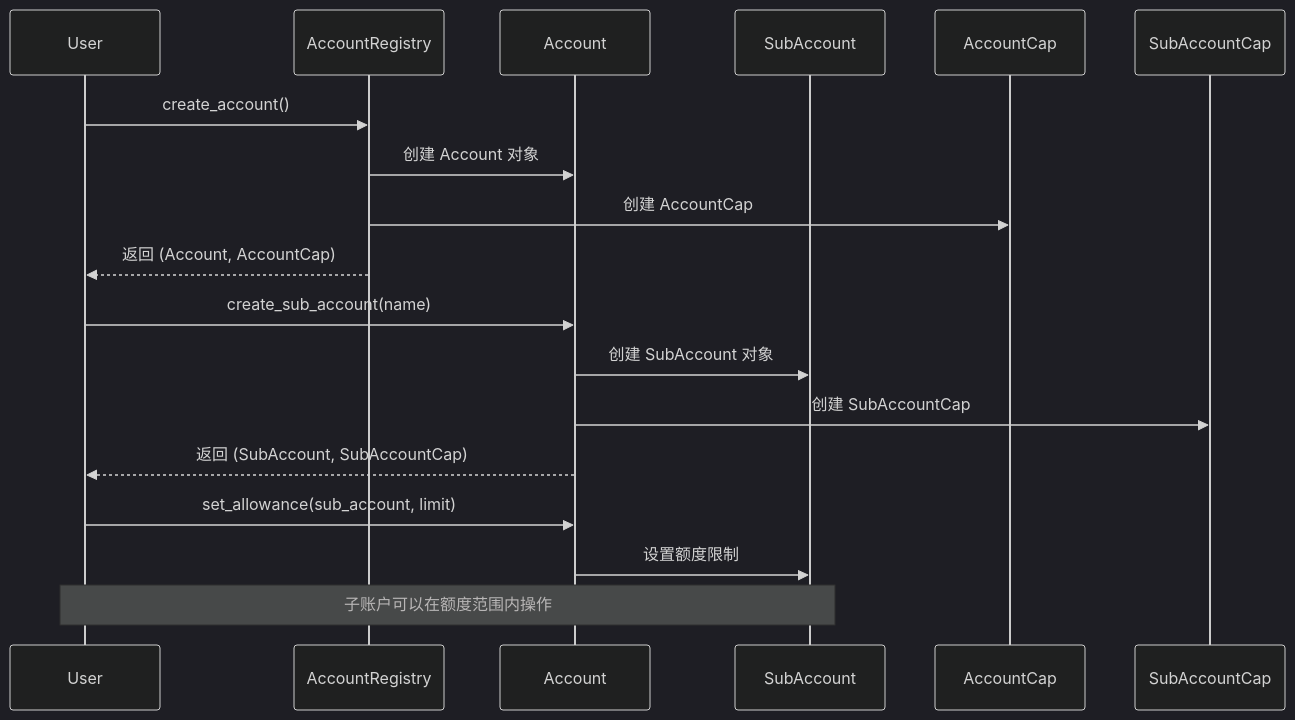
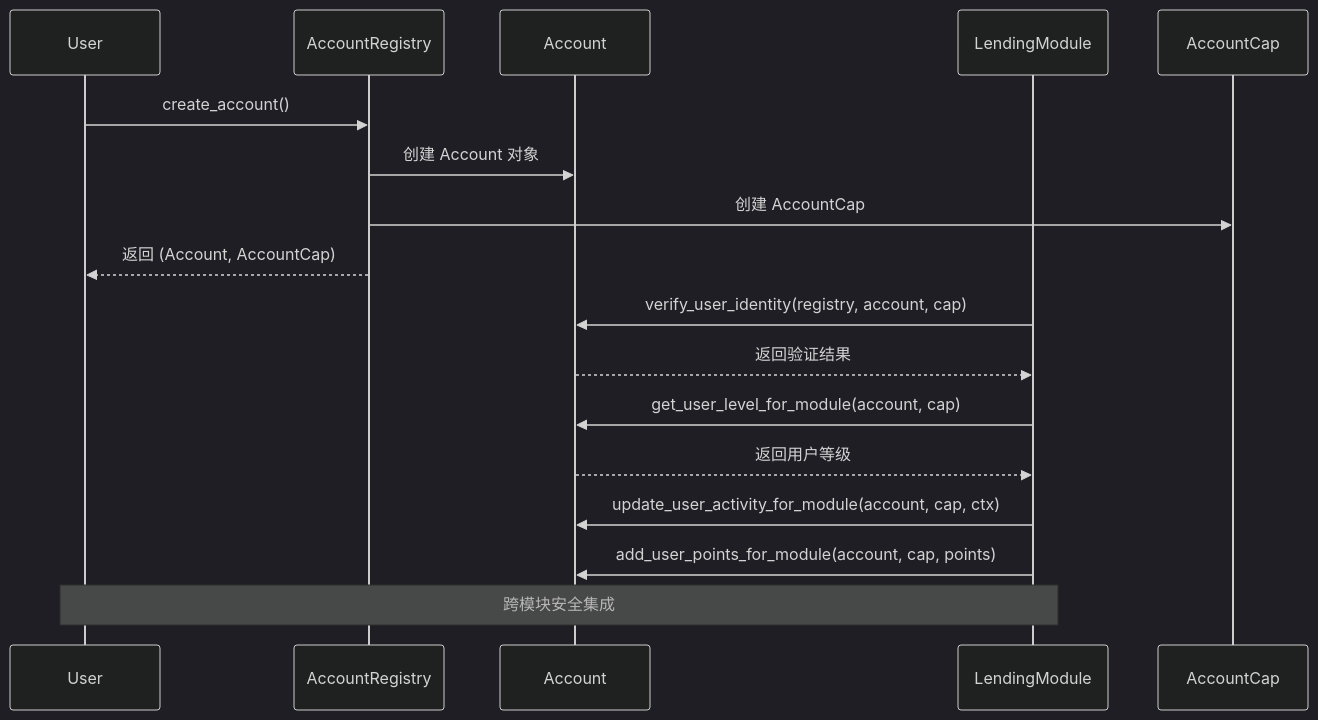
Before and after one commit to OlendLabs/sui-olend-smart-contracts: the fourth of 4 diagrams in .kiro/specs/olend-defi-platform/design.md, drawn with Mermaid (dark theme). The commit also changed other lines of this file and 8 other files, not shown here.

````diff
--- a/.kiro/specs/olend-defi-platform/design.md
+++ b/.kiro/specs/olend-defi-platform/design.md
@@ -413,22 +382,23 @@
 ```mermaid
 sequenceDiagram
     participant User
     participant AccountRegistry
     participant Account
-    participant SubAccount
+    participant LendingModule
     
     User->>AccountRegistry: create_account()
     AccountRegistry->>Account: 创建 Account 对象
     AccountRegistry->>AccountCap: 创建 AccountCap
     AccountRegistry-->>User: 返回 (Account, AccountCap)
     
-    User->>Account: create_sub_account(name)
-    Account->>SubAccount: 创建 SubAccount 对象
-    Account->>SubAccountCap: 创建 SubAccountCap
-    Account-->>User: 返回 (SubAccount, SubAccountCap)
+    LendingModule->>Account: verify_user_identity(registry, account, cap)
+    Account-->>LendingModule: 返回验证结果
     
-    User->>Account: set_allowance(sub_account, limit)
-    Account->>SubAccount: 设置额度限制
+    LendingModule->>Account: get_user_level_for_module(account, cap)
+    Account-->>LendingModule: 返回用户等级
     
-    Note over User,SubAccount: 子账户可以在额度范围内操作
+    LendingModule->>Account: update_user_activity_for_module(account, cap, ctx)
+    LendingModule->>Account: add_user_points_for_module(account, cap, points)
+    
+    Note over User,LendingModule: 跨模块安全集成
 ```
````
